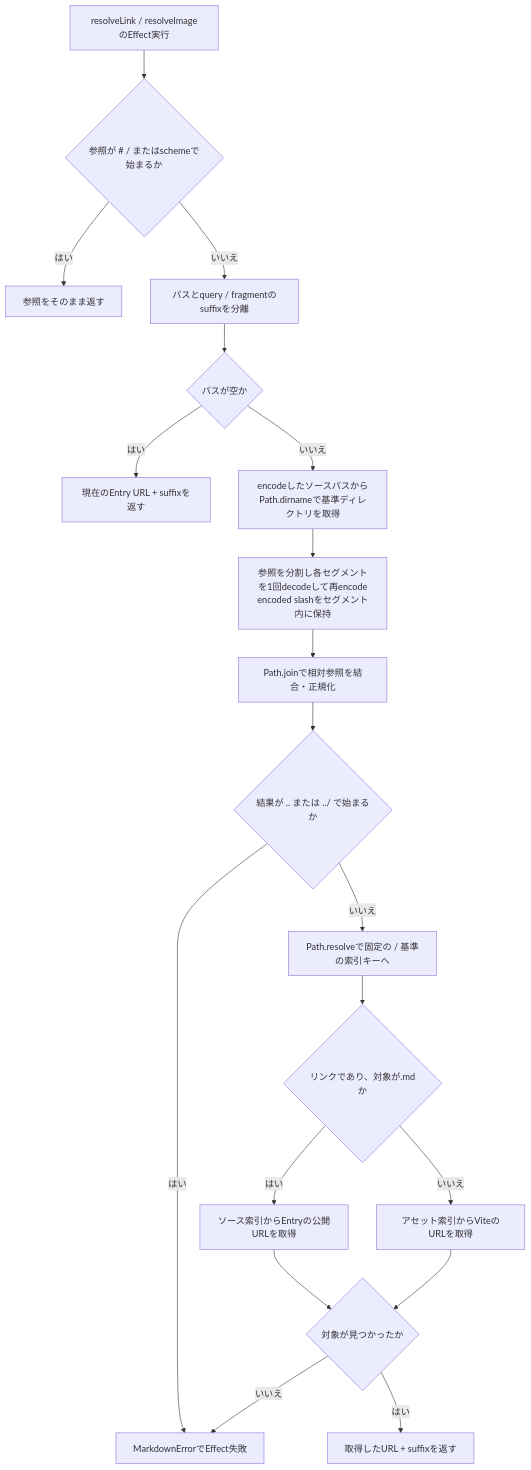
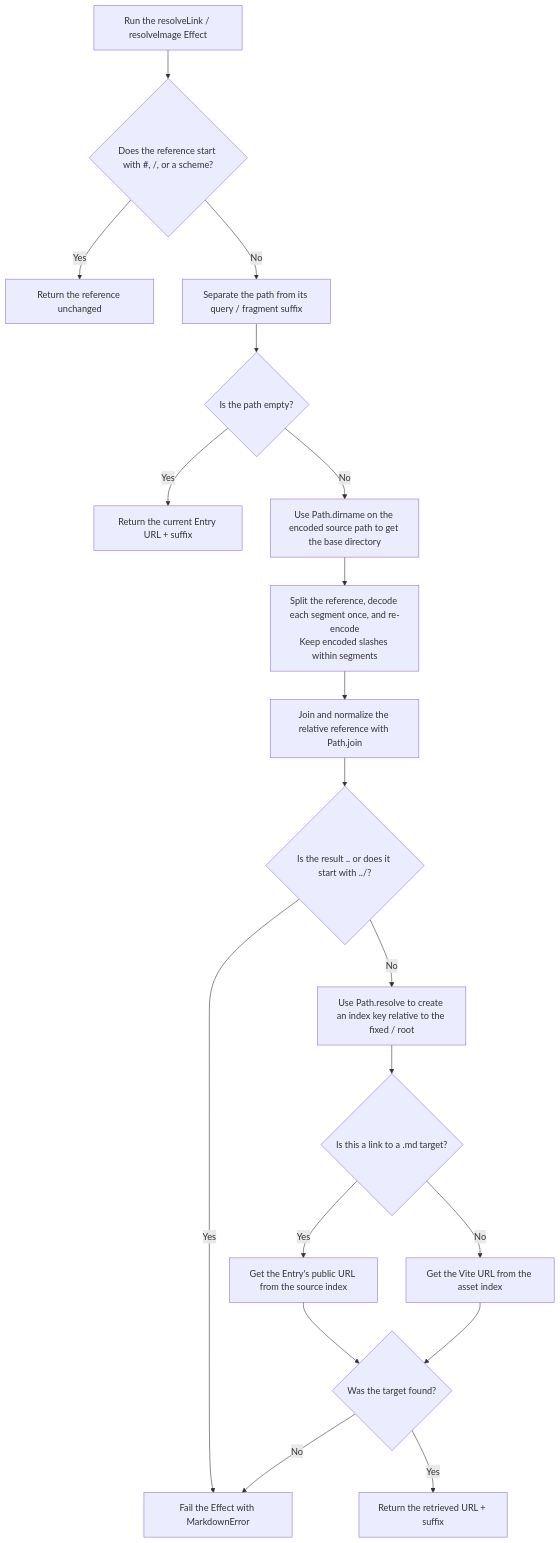
The third of 3 diagrams in packages/markdown/docs/IMPLEMENTATION.md (totto2727-org/effront), drawn with Mermaid before and after one commit. The commit also changed other lines of this file and 6 other files, not shown here.

````diff
--- a/packages/markdown/docs/IMPLEMENTATION.md
+++ b/packages/markdown/docs/IMPLEMENTATION.md
@@ -78,21 +78,21 @@
 ```mermaid
 flowchart TD
-    A["resolveLink / resolveImageのEffect実行"] --> B{"参照が # / またはschemeで始まるか"}
-    B -->|はい| C["参照をそのまま返す"]
-    B -->|いいえ| D["パスとquery / fragmentのsuffixを分離"]
-    D --> E{"パスが空か"}
-    E -->|はい| F["現在のEntry URL + suffixを返す"]
-    E -->|いいえ| G["encodeしたソースパスからPath.dirnameで基準ディレクトリを取得"]
-    G --> H["参照を分割し各セグメントを1回decodeして再encode<br/>encoded slashをセグメント内に保持"]
-    H --> I["Path.joinで相対参照を結合・正規化"]
-    I --> J{"結果が .. または ../ で始まるか"}
-    J -->|はい| X["MarkdownErrorでEffect失敗"]
-    J -->|いいえ| K["Path.resolveで固定の / 基準の索引キーへ"]
-    K --> L{"リンクであり、対象が.mdか"}
-    L -->|はい| M["ソース索引からEntryの公開URLを取得"]
-    L -->|いいえ| N["アセット索引からViteのURLを取得"]
-    M --> O{"対象が見つかったか"}
+    A["Run the resolveLink / resolveImage Effect"] --> B{"Does the reference start with #, /, or a scheme?"}
+    B -->|Yes| C["Return the reference unchanged"]
+    B -->|No| D["Separate the path from its query / fragment suffix"]
+    D --> E{"Is the path empty?"}
+    E -->|Yes| F["Return the current Entry URL + suffix"]
+    E -->|No| G["Use Path.dirname on the encoded source path to get the base directory"]
+    G --> H["Split the reference, decode each segment once, and re-encode<br/>Keep encoded slashes within segments"]
+    H --> I["Join and normalize the relative reference with Path.join"]
+    I --> J{"Is the result .. or does it start with ../?"}
+    J -->|Yes| X["Fail the Effect with MarkdownError"]
+    J -->|No| K["Use Path.resolve to create an index key relative to the fixed / root"]
+    K --> L{"Is this a link to a .md target?"}
+    L -->|Yes| M["Get the Entry's public URL from the source index"]
+    L -->|No| N["Get the Vite URL from the asset index"]
+    M --> O{"Was the target found?"}
     N --> O
-    O -->|いいえ| X
-    O -->|はい| P["取得したURL + suffixを返す"]
+    O -->|No| X
+    O -->|Yes| P["Return the retrieved URL + suffix"]
 ```
````
